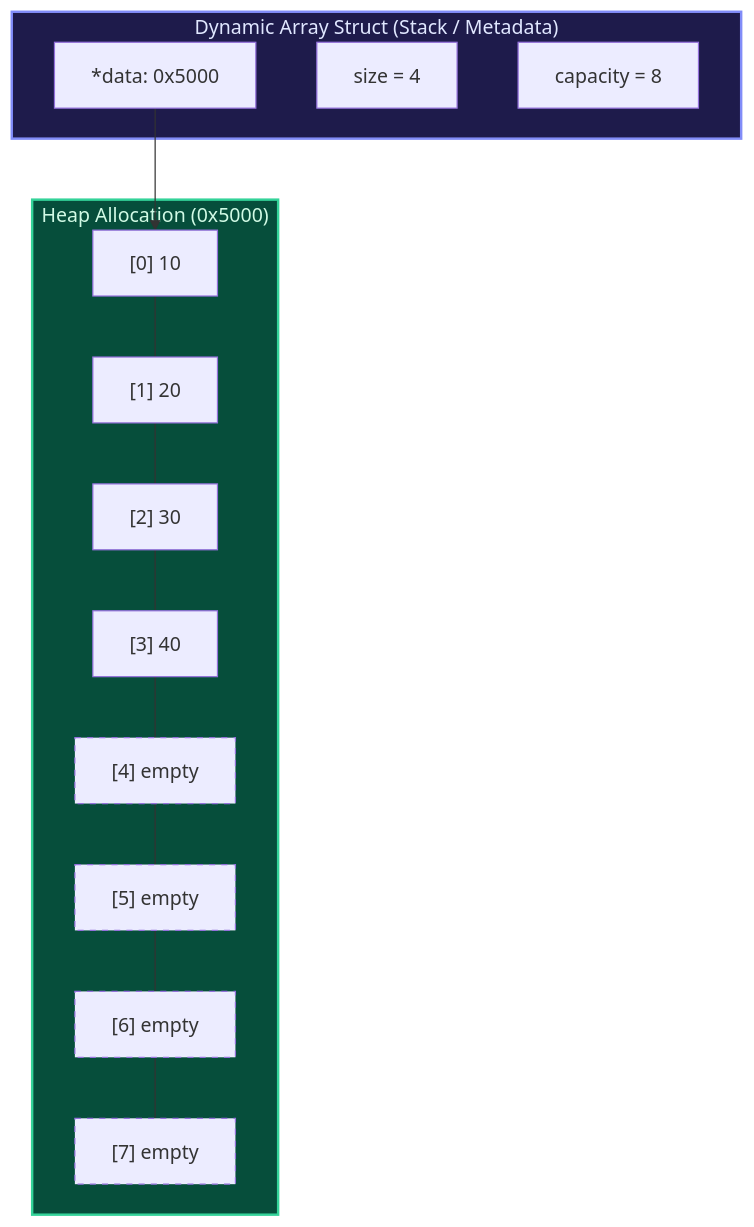
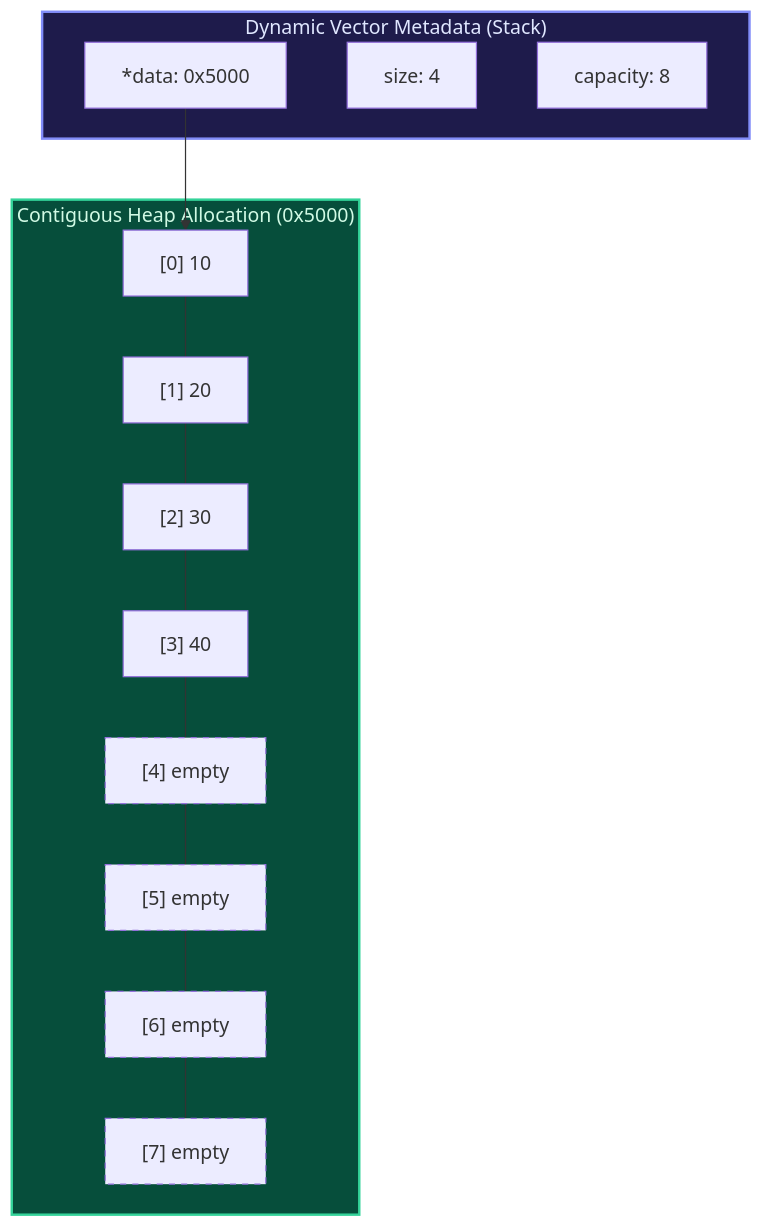
One commit to 1345AbhishekKumar/cs-cookbook changed diagram 11 of 15 in content/docs/dsa/01-foundations-and-linear-structures/02-arrays-and-dynamic-arrays.mdx. Above: the diagram before and after it, drawn with Mermaid. The commit also changed other lines of this file and 211 other files, not shown here.

````diff
--- a/content/docs/dsa/01-foundations-and-linear-structures/02-arrays-and-dynamic-arrays.mdx
+++ b/content/docs/dsa/01-foundations-and-linear-structures/02-arrays-and-dynamic-arrays.mdx
@@ -53,29 +553,29 @@
 ```mermaid
 flowchart TD
-    subgraph DynArray["Dynamic Array Struct (Stack / Metadata)"]
+    subgraph VectorStruct["Dynamic Vector Metadata (Stack)"]
         P["*data: 0x5000"]
-        S["size = 4"]
-        C["capacity = 8"]
+        S["size: 4"]
+        C["capacity: 8"]
     end
 
-    subgraph Heap["Heap Allocation (0x5000)"]
+    subgraph HeapBuffer["Contiguous Heap Allocation (0x5000)"]
         E0["[0] 10"]
         E1["[1] 20"]
         E2["[2] 30"]
         E3["[3] 40"]
         U4["[4] empty"]
         U5["[5] empty"]
         U6["[6] empty"]
         U7["[7] empty"]
     end
 
     P --> E0
     E0 --- E1 --- E2 --- E3 --- U4 --- U5 --- U6 --- U7
 
-    style DynArray fill:#1e1b4b,stroke:#818cf8,stroke-width:2px,color:#e0e7ff
-    style Heap fill:#064e3b,stroke:#34d399,stroke-width:2px,color:#d1fae5
+    style VectorStruct fill:#1e1b4b,stroke:#818cf8,stroke-width:2px,color:#e0e7ff
+    style HeapBuffer fill:#064e3b,stroke:#34d399,stroke-width:2px,color:#d1fae5
     style U4 stroke-dasharray: 5 5
     style U5 stroke-dasharray: 5 5
     style U6 stroke-dasharray: 5 5
     style U7 stroke-dasharray: 5 5
 ```
````
